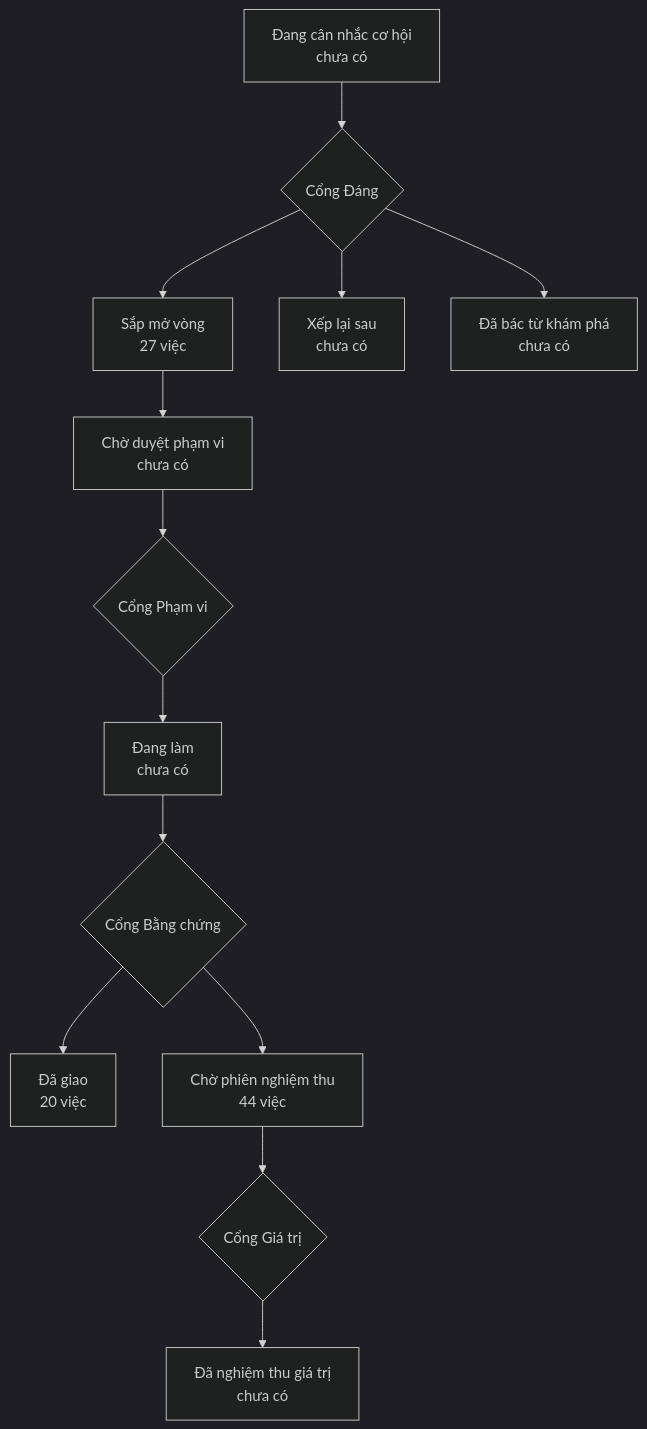
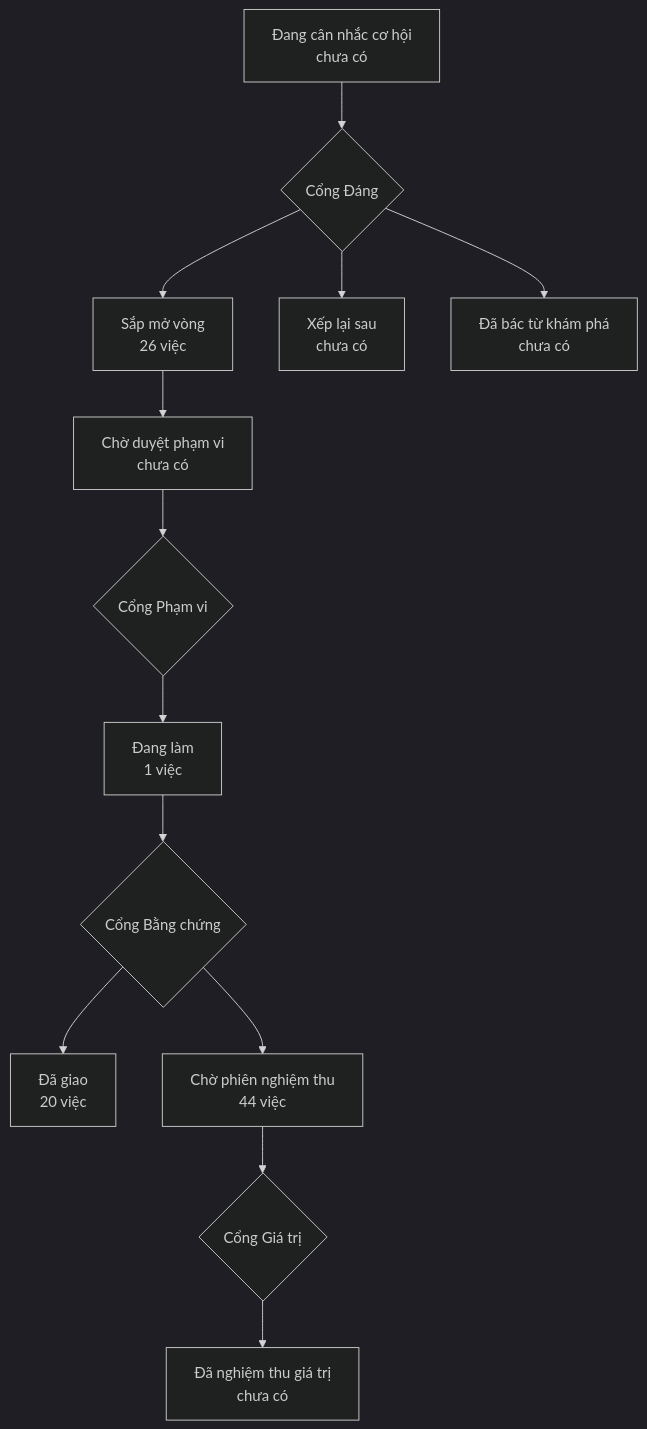
One commit to phanlemanh/onehub-quy-hang changed the diagram in PRODUCT-MAP.md. Above: the diagram before and after it, drawn with Mermaid (dark theme). The commit also changed other lines of this file and 3 other files, not shown here.

````diff
--- a/PRODUCT-MAP.md
+++ b/PRODUCT-MAP.md
@@ -7,12 +7,12 @@
 ```mermaid
 flowchart TD
   A["Đang cân nhắc cơ hội<br/>chưa có"] --> GD{"Cổng Đáng"}
-  GD --> B["Sắp mở vòng<br/>27 việc"]
+  GD --> B["Sắp mở vòng<br/>26 việc"]
   GD --> XL["Xếp lại sau<br/>chưa có"]
   GD --> DB["Đã bác từ khám phá<br/>chưa có"]
   B --> CD["Chờ duyệt phạm vi<br/>chưa có"] --> GP{"Cổng Phạm vi"}
-  GP --> DL["Đang làm<br/>chưa có"] --> GB{"Cổng Bằng chứng"}
+  GP --> DL["Đang làm<br/>1 việc"] --> GB{"Cổng Bằng chứng"}
   GB --> DG["Đã giao<br/>20 việc"]
   GB --> CN["Chờ phiên nghiệm thu<br/>44 việc"] --> GG{"Cổng Giá trị"}
   GG --> NT["Đã nghiệm thu giá trị<br/>chưa có"]
 ```
````
